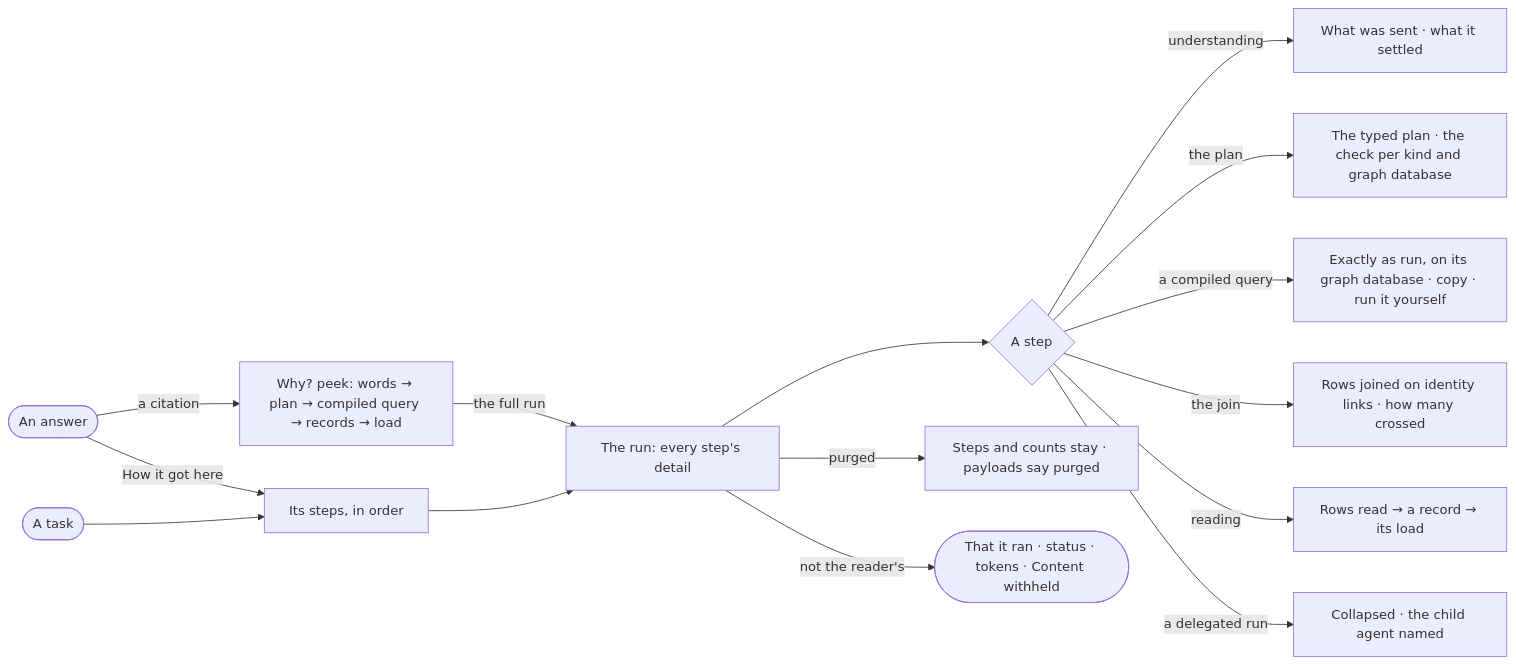
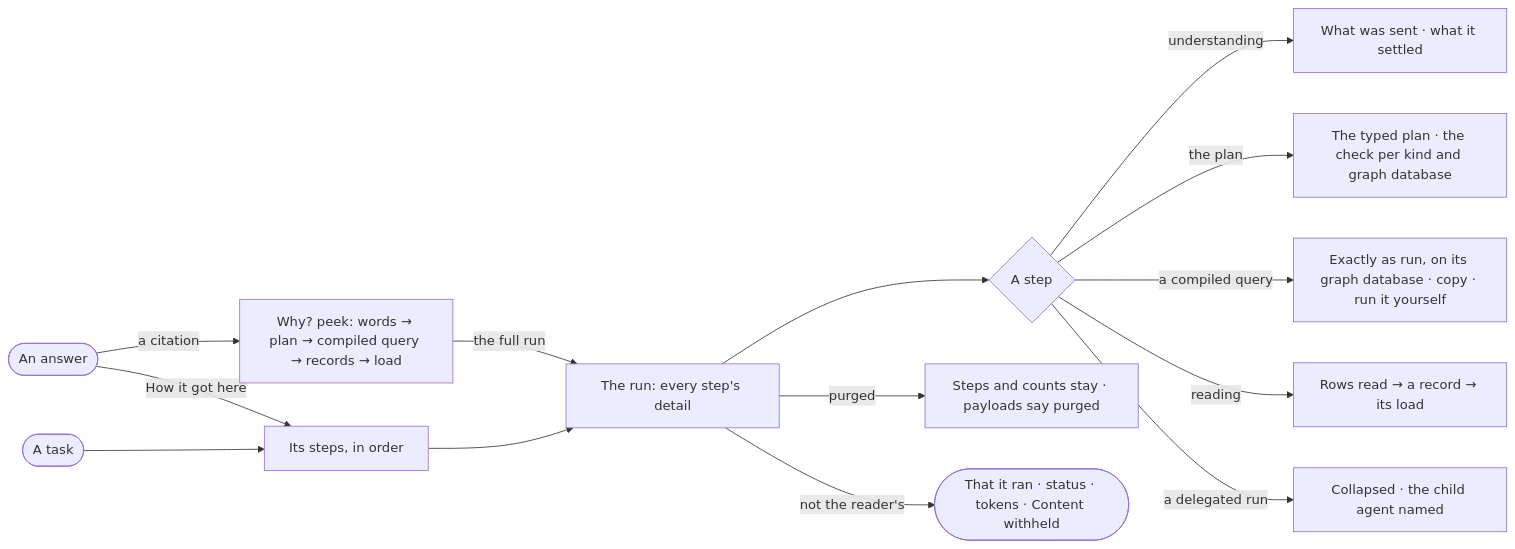
The diagram in specs/capabilities/explore/features/EX-F04-the-answer/stories/EX-04-see-how-the-answer-got-here/story.md (invana/invana), drawn with Mermaid before and after one commit. The commit also changed other lines of this file and 54 other files, not shown here.

First line of the commit message:
docs(specs): many graph databases by access, links within one database, Model views restored

````diff
--- a/specs/capabilities/explore/features/EX-F04-the-answer/stories/EX-04-see-how-the-answer-got-here/story.md
+++ b/specs/capabilities/explore/features/EX-F04-the-answer/stories/EX-04-see-how-the-answer-got-here/story.md
@@ -26,17 +26,16 @@
 ```mermaid
 flowchart LR
   a([An answer]) -->|a citation| w["Why? peek: words → plan → compiled query → records → load"]
   a -->|How it got here| h["Its steps, in order"]
   w -->|the full run| run["The run: every step's detail"]
   h --> run
   run --> st{A step}
   st -->|understanding| u["What was sent · what it settled"]
   st -->|the plan| pl["The typed plan · the check per kind and graph database"]
   st -->|a compiled query| q["Exactly as run, on its graph database · copy · run it yourself"]
-  st -->|the join| j["Rows joined on identity links · how many crossed"]
   st -->|reading| rows["Rows read → a record → its load"]
   st -->|a delegated run| child["Collapsed · the child agent named"]
   run -->|purged| pg["Steps and counts stay · payloads say purged"]
   run -->|not the reader's| wh(["That it ran · status · tokens · Content withheld"])
   t([A task]) --> h
 ```
````
